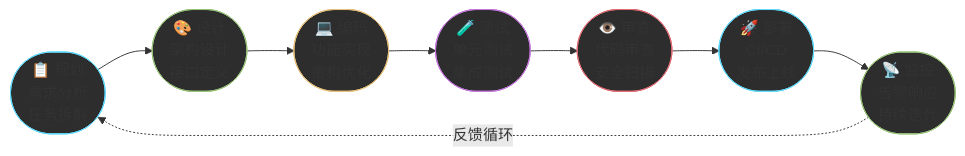
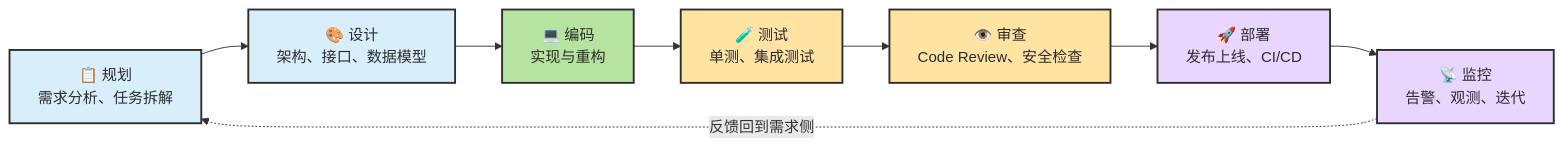
Before and after one commit to zht043/AgenticCodingTutorial: the first of 7 diagrams in docs/chapters/ch09-engineering.md, drawn with Mermaid. The commit also changed other lines of this file and 69 other files, not shown here.

Commit message:
optimize docs and add mermaid validation

````diff
--- a/docs/chapters/ch09-engineering.md
+++ b/docs/chapters/ch09-engineering.md
@@ -23,21 +21,18 @@
 ```mermaid
 flowchart LR
-    Plan(["📋 规划<br/>需求分析<br/>任务拆解"])
-    Design(["🎨 设计<br/>架构设计<br/>接口定义"])
-    Code(["💻 编码<br/>功能实现<br/>重构优化"])
-    Test(["🧪 测试<br/>单元测试<br/>集成测试"])
-    Review(["👁️ 审查<br/>代码审查<br/>安全扫描"])
-    Deploy(["🚀 部署<br/>CI/CD<br/>发布上线"])
-    Monitor(["📡 监控<br/>告警响应<br/>持续迭代"])
+    classDef plan fill:#d8eefb,stroke:#2d2d2d,stroke-width:2px,color:#2d2d2d
+    classDef build fill:#b7e3a1,stroke:#2d2d2d,stroke-width:2px,color:#2d2d2d
+    classDef verify fill:#ffe3a3,stroke:#2d2d2d,stroke-width:2px,color:#2d2d2d
+    classDef ops fill:#e8d6ff,stroke:#2d2d2d,stroke-width:2px,color:#2d2d2d
+
+    Plan["📋 规划<br/>需求分析、任务拆解"]:::plan
+    Design["🎨 设计<br/>架构、接口、数据模型"]:::plan
+    Code["💻 编码<br/>实现与重构"]:::build
+    Test["🧪 测试<br/>单测、集成测试"]:::verify
+    Review["👁️ 审查<br/>Code Review、安全检查"]:::verify
+    Deploy["🚀 部署<br/>发布上线、CI/CD"]:::ops
+    Monitor["📡 监控<br/>告警、观测、迭代"]:::ops
 
     Plan --> Design --> Code --> Test --> Review --> Deploy --> Monitor
-    Monitor -.->|"反馈循环"| Plan
-
-    style Plan fill:#2d2d2d,stroke:#61dafb
-    style Design fill:#2d2d2d,stroke:#98c379
-    style Code fill:#2d2d2d,stroke:#e5c07b
-    style Test fill:#2d2d2d,stroke:#c678dd
-    style Review fill:#2d2d2d,stroke:#e06c75
-    style Deploy fill:#2d2d2d,stroke:#61dafb
-    style Monitor fill:#2d2d2d,stroke:#98c379
+    Monitor -.->|"反馈回到需求侧"| Plan
 ```
````
